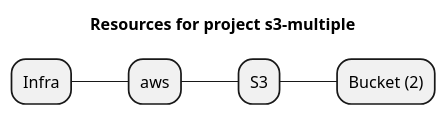
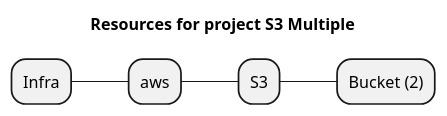
One commit to grucloud/grucloud changed the diagram in examples/aws/s3/s3-multiple/artifacts/resources-mindmap.puml. Above: the diagram before and after it, drawn with PlantUML. The commit also changed 31 other files, not shown here.

```diff
--- a/examples/aws/s3/s3-multiple/artifacts/resources-mindmap.puml
+++ b/examples/aws/s3/s3-multiple/artifacts/resources-mindmap.puml
@@ -1,8 +1,8 @@
 @startmindmap
-title Resources for project s3-multiple
+title Resources for project S3 Multiple
 skinparam monochrome true
 + Infra
 ++ aws
 +++ S3
 ++++ Bucket (2)
 @endmindmap
```
